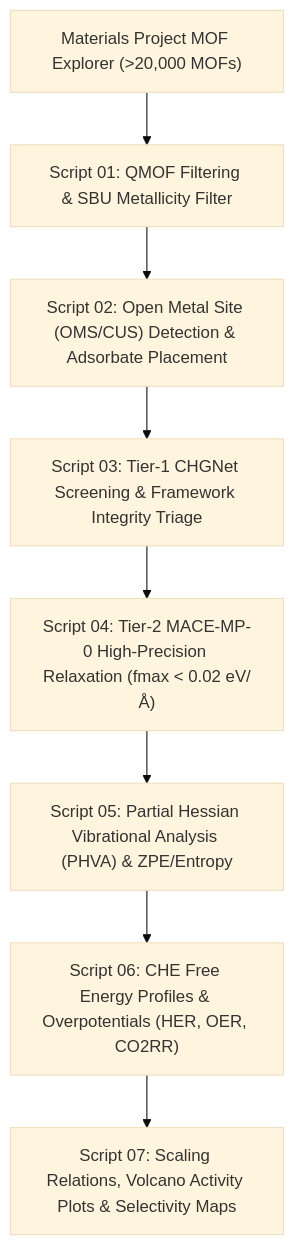
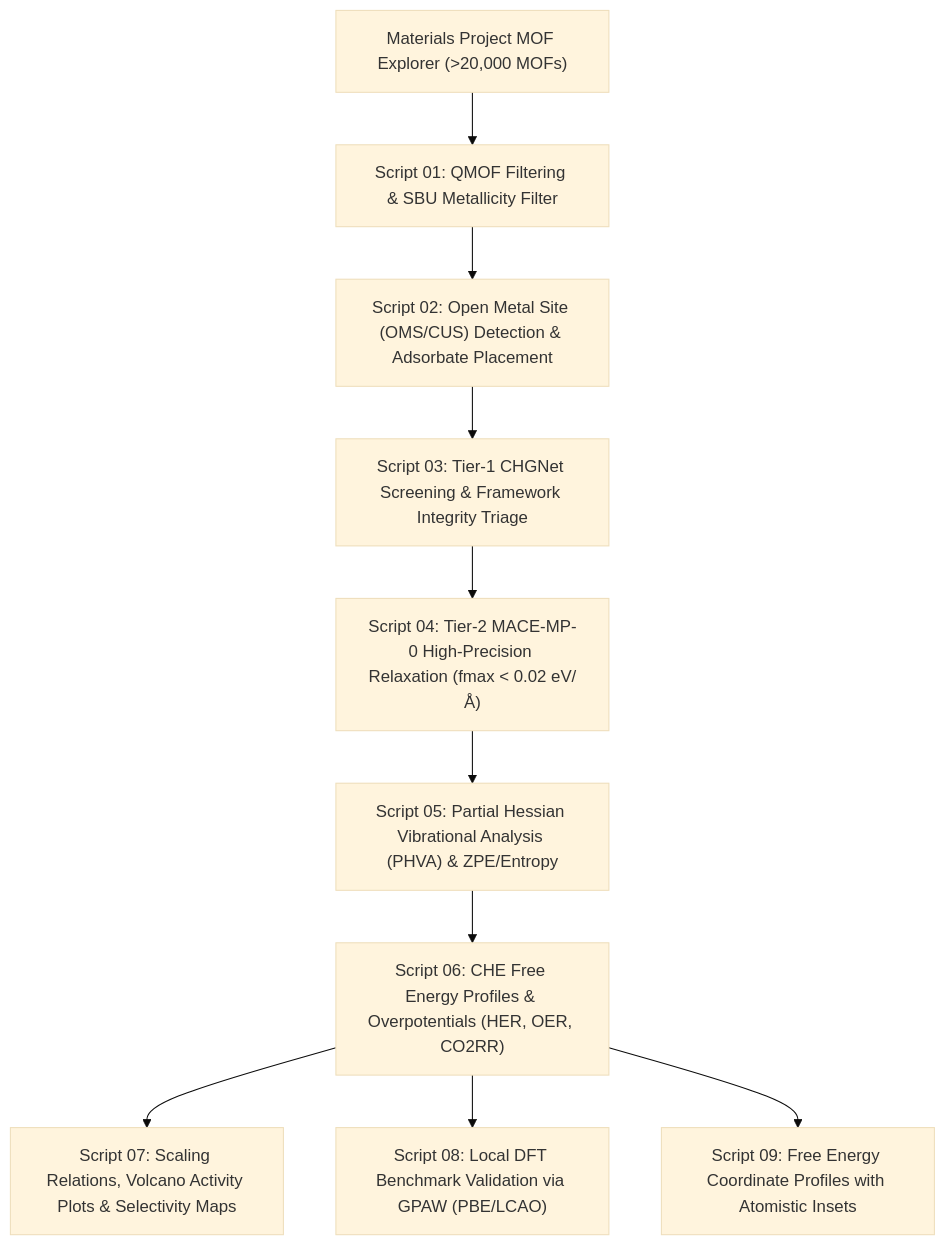
The diagram in README.md (ribeirojr-gh/projeto02), drawn with Mermaid (base theme) before and after one commit. The commit also changed other lines of this file and 8 other files, not shown here.

Commit message:
feat(diagrams): add free energy reaction profiles with atomistic active site insets and GitHub previews

````diff
--- a/README.md
+++ b/README.md
@@ -48,10 +49,12 @@
 ```mermaid
 flowchart TD
     A["Materials Project MOF Explorer (>20,000 MOFs)"] --> B["Script 01: QMOF Filtering & SBU Metallicity Filter"]
     B --> C["Script 02: Open Metal Site (OMS/CUS) Detection & Adsorbate Placement"]
     C --> D["Script 03: Tier-1 CHGNet Screening & Framework Integrity Triage"]
     D --> E["Script 04: Tier-2 MACE-MP-0 High-Precision Relaxation (fmax < 0.02 eV/Å)"]
     E --> F["Script 05: Partial Hessian Vibrational Analysis (PHVA) & ZPE/Entropy"]
     F --> G["Script 06: CHE Free Energy Profiles & Overpotentials (HER, OER, CO2RR)"]
     G --> H["Script 07: Scaling Relations, Volcano Activity Plots & Selectivity Maps"]
+    G --> I["Script 08: Local DFT Benchmark Validation via GPAW (PBE/LCAO)"]
+    G --> J["Script 09: Free Energy Coordinate Profiles with Atomistic Insets"]
 ```
````
